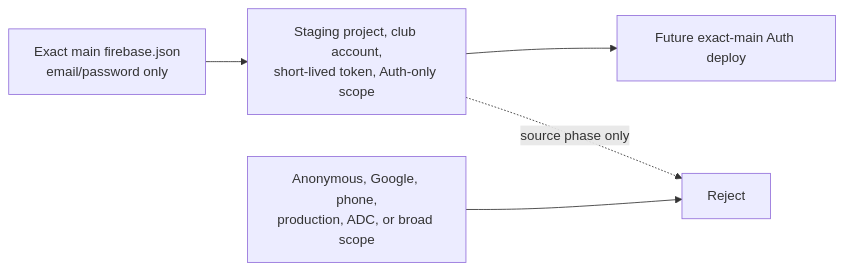
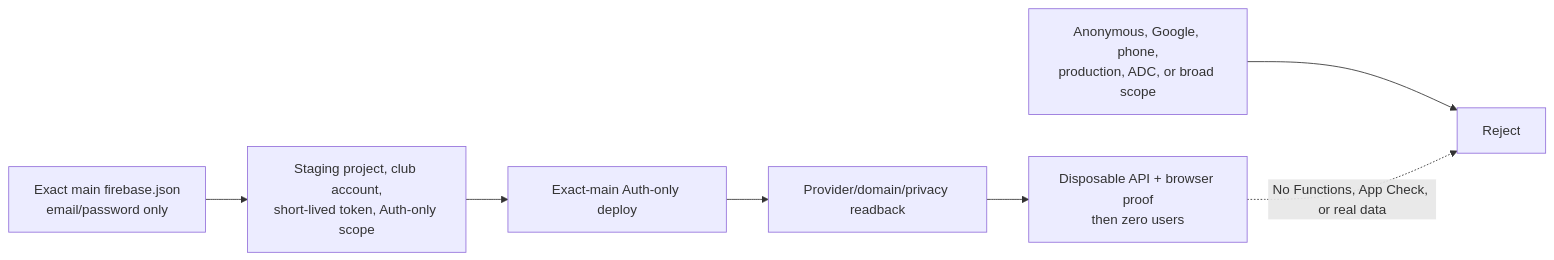
One commit to Run-MPRC/Run-MPRC.github.io changed the tenth of 55 diagrams in SYSTEM_DESIGN.md. Above: the diagram before and after it, drawn with Mermaid. The commit also changed other lines of this file and 9 other files, not shown here.

Commit message:
docs: record staging Auth provider evidence

````diff
--- a/SYSTEM_DESIGN.md
+++ b/SYSTEM_DESIGN.md
@@ -266,7 +266,9 @@
 ```mermaid
 flowchart LR
     Source["Exact main firebase.json\nemail/password only"] --> Guard["Staging project, club account,\nshort-lived token, Auth-only scope"]
-    Guard --> Future["Future exact-main Auth deploy"]
+    Guard --> Deploy["Exact-main Auth-only deploy"]
+    Deploy --> Readback["Provider/domain/privacy readback"]
+    Readback --> Synthetic["Disposable API + browser proof\nthen zero users"]
     Broader["Anonymous, Google, phone,\nproduction, ADC, or broad scope"] --> Stop["Reject"]
-    Guard -. "source phase only" .-> Stop
+    Synthetic -. "No Functions, App Check, or real data" .-> Stop
 ```
````
